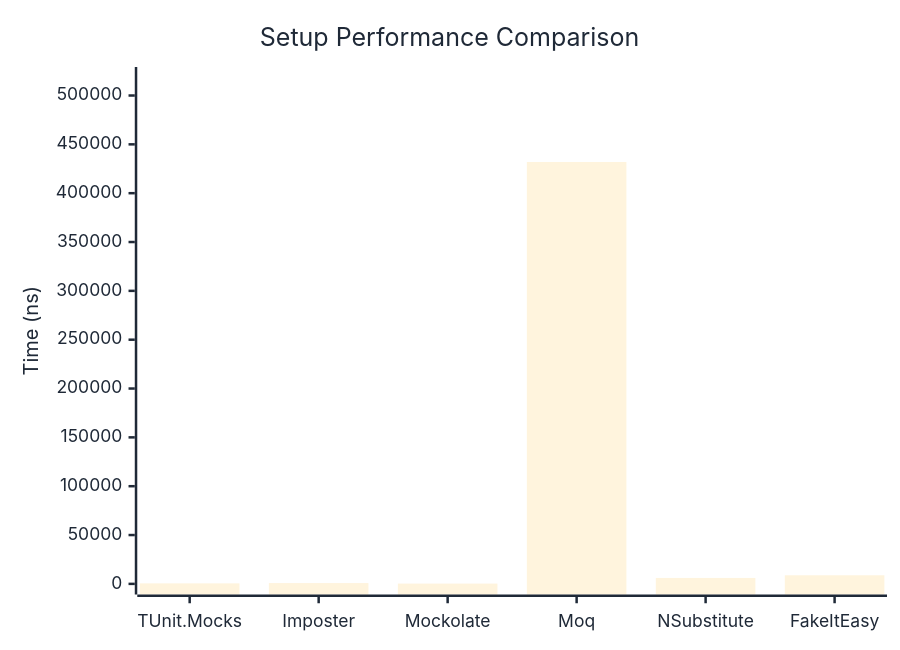
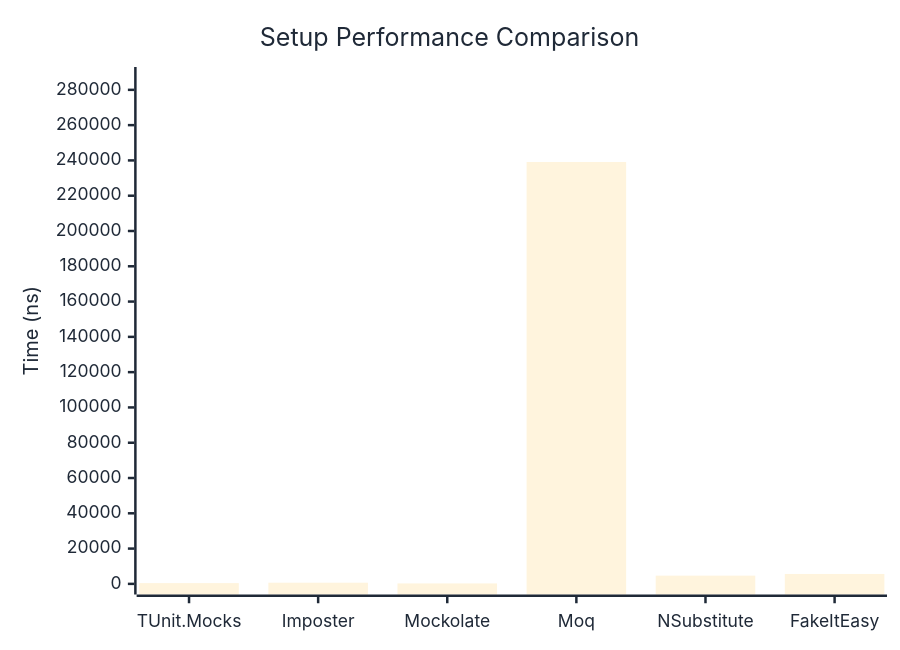
The first of 2 diagrams in docs/docs/benchmarks/mocks/Setup.md (thomhurst/TUnit), drawn with Mermaid before and after one commit. The commit also changed other lines of this file and 14 other files, not shown here.

````diff
--- a/docs/docs/benchmarks/mocks/Setup.md
+++ b/docs/docs/benchmarks/mocks/Setup.md
@@ -30,27 +30,27 @@
 ```mermaid
 %%{init: {
   'theme':'base',
   'themeVariables': {
     'primaryColor': '#2563eb',
     'primaryTextColor': '#1f2937',
     'primaryBorderColor': '#1e40af',
     'lineColor': '#6b7280',
     'secondaryColor': '#7c3aed',
     'tertiaryColor': '#dc2626',
     'background': '#ffffff',
     'pie1': '#2563eb',
     'pie2': '#7c3aed',
     'pie3': '#dc2626',
     'pie4': '#f59e0b',
     'pie5': '#10b981',
     'pie6': '#06b6d4',
     'pie7': '#ec4899',
     'pie8': '#6366f1'
   }
 }}%%
 xychart-beta
   title "Setup Performance Comparison"
   x-axis ["TUnit.Mocks", "Imposter", "Mockolate", "Moq", "NSubstitute", "FakeItEasy"]
-  y-axis "Time (ns)" 0 --> 518313
-  bar [513.9, 826, 305, 431926.9, 6083.8, 8817.6]
+  y-axis "Time (ns)" 0 --> 286926
+  bar [428.5, 666.4, 252.1, 239104.4, 4655.3, 5611.8]
 ```
````
